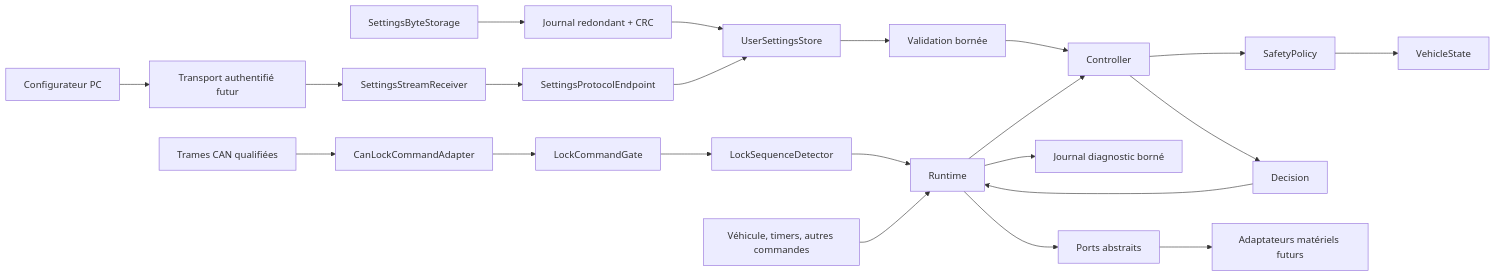
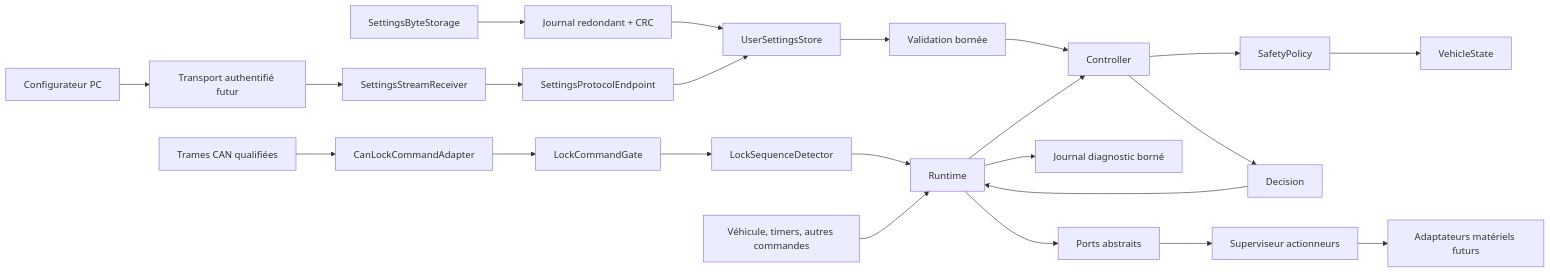
One commit to Synaro/BMW-E9x-Remote-Control changed the first of 3 diagrams in docs/architecture.md. Above: the diagram before and after it, drawn with Mermaid. The commit also changed other lines of this file and 14 other files, not shown here.

Commit message:
Add actuator safety supervisor

````diff
--- a/docs/architecture.md
+++ b/docs/architecture.md
@@ -14,24 +14,25 @@
 ```mermaid
 flowchart LR
     LockSource["Trames CAN qualifiées"] --> LockAdapter["CanLockCommandAdapter"]
     LockAdapter --> LockGate["LockCommandGate"]
     LockGate --> LockSequence["LockSequenceDetector"]
     LockSequence --> Runtime["Runtime"]
     Sources["Véhicule, timers, autres commandes"] --> Runtime
     Bytes["SettingsByteStorage"] --> Journal["Journal redondant + CRC"]
     Journal --> Settings["UserSettingsStore"]
     Configurator["Configurateur PC"] --> Transport["Transport authentifié futur"]
     Transport --> Stream["SettingsStreamReceiver"]
     Stream --> Protocol["SettingsProtocolEndpoint"]
     Protocol --> Settings
     Settings --> Validation["Validation bornée"]
     Validation --> Controller
     Runtime --> Controller["Controller"]
     Controller --> Policy["SafetyPolicy"]
     Policy --> Model["VehicleState"]
     Controller --> Decision["Decision"]
     Decision --> Runtime
     Runtime --> Diagnostics["Journal diagnostic borné"]
     Runtime --> Ports["Ports abstraits"]
-    Ports --> Adapters["Adaptateurs matériels futurs"]
+    Ports --> ActuatorSupervisor["Superviseur actionneurs"]
+    ActuatorSupervisor --> Adapters["Adaptateurs matériels futurs"]
 ```
````
